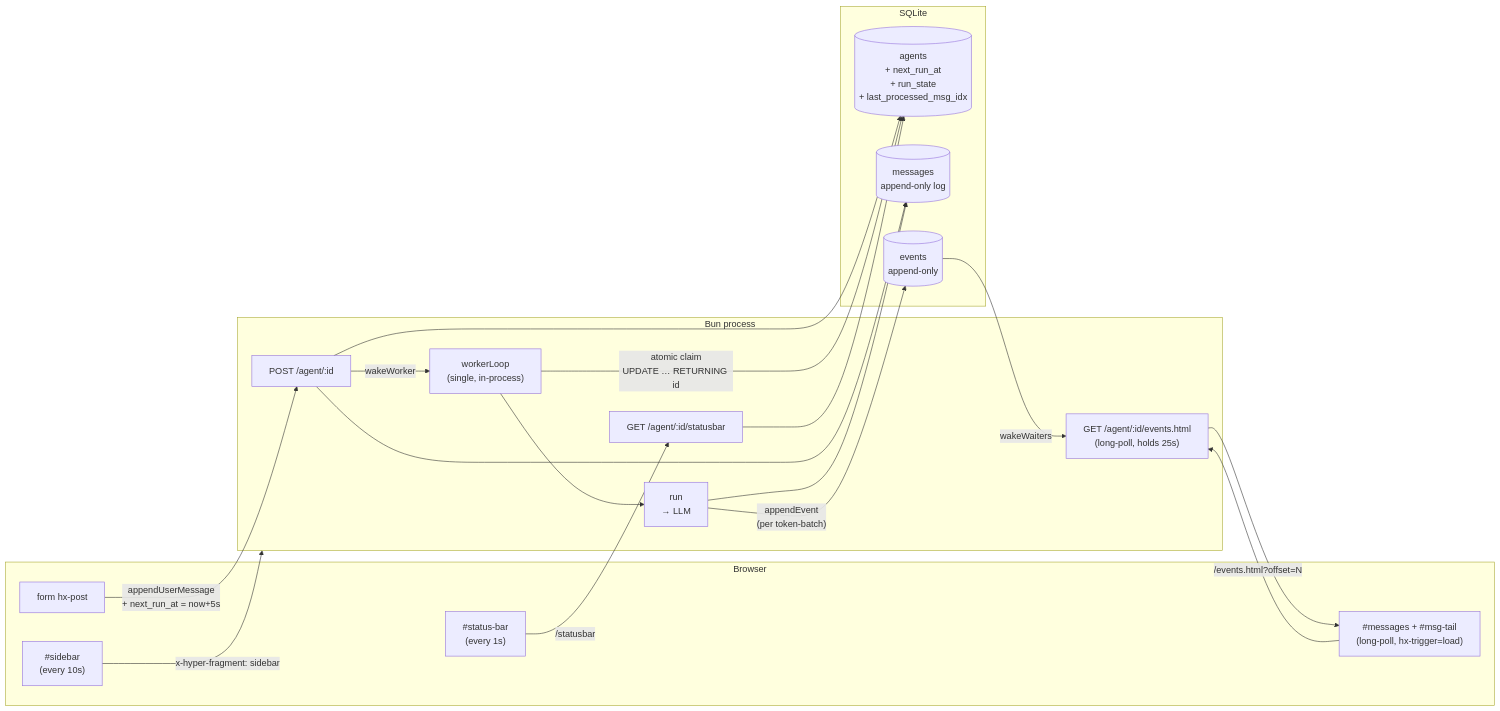
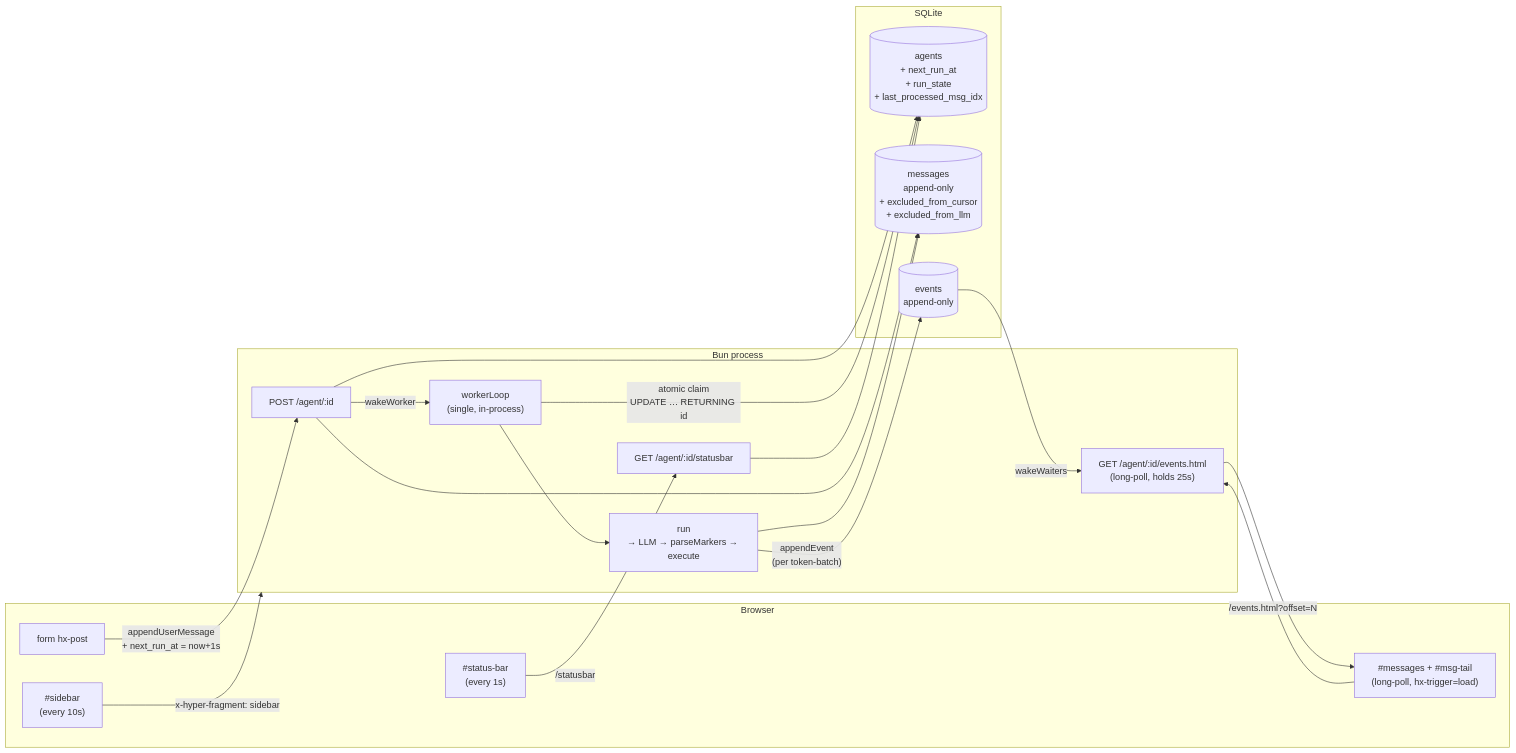
One commit to niquola/hyper-code2 changed the diagram in README.md. Above: the diagram before and after it, drawn with Mermaid. The commit also changed other lines of this file and 1 other file, not shown here.

First line of the commit message:
docs: refresh README + architecture for the markers protocol

````diff
--- a/README.md
+++ b/README.md
@@ -28,38 +37,38 @@
 ```mermaid
 flowchart LR
     subgraph Browser
         F[form hx-post]
         M["#messages + #msg-tail<br/>(long-poll, hx-trigger=load)"]
         S["#status-bar<br/>(every 1s)"]
         SB["#sidebar<br/>(every 10s)"]
     end
 
     subgraph Server["Bun process"]
         POST["POST /agent/:id"]
         EH["GET /agent/:id/events.html<br/>(long-poll, holds 25s)"]
         STAT["GET /agent/:id/statusbar"]
         WORKER["workerLoop<br/>(single, in-process)"]
-        RUN["run<br/>→ LLM"]
+        RUN["run<br/>→ LLM → parseMarkers → execute"]
     end
 
     subgraph DB[SQLite]
         AGENTS[(agents<br/>+ next_run_at<br/>+ run_state<br/>+ last_processed_msg_idx)]
-        MSGS[(messages<br/>append-only log)]
+        MSGS[(messages<br/>append-only<br/>+ excluded_from_cursor<br/>+ excluded_from_llm)]
         EVENTS[(events<br/>append-only)]
     end
 
-    F      -- "appendUserMessage<br/>+ next_run_at = now+5s" --> POST
+    F      -- "appendUserMessage<br/>+ next_run_at = now+1s" --> POST
     POST   --> MSGS
     POST   --> AGENTS
     POST   -- "wakeWorker" --> WORKER
     WORKER -- "atomic claim<br/>UPDATE … RETURNING id" --> AGENTS
     WORKER --> RUN
     RUN    -- "appendEvent<br/>(per token-batch)" --> EVENTS
     RUN    --> MSGS
     EVENTS -- "wakeWaiters" --> EH
     M      -- "/events.html?offset=N" --> EH
     EH     --> M
     S      -- "/statusbar" --> STAT
     STAT   --> AGENTS
     SB     -- "x-hyper-fragment: sidebar" --> Server
 ```
````
